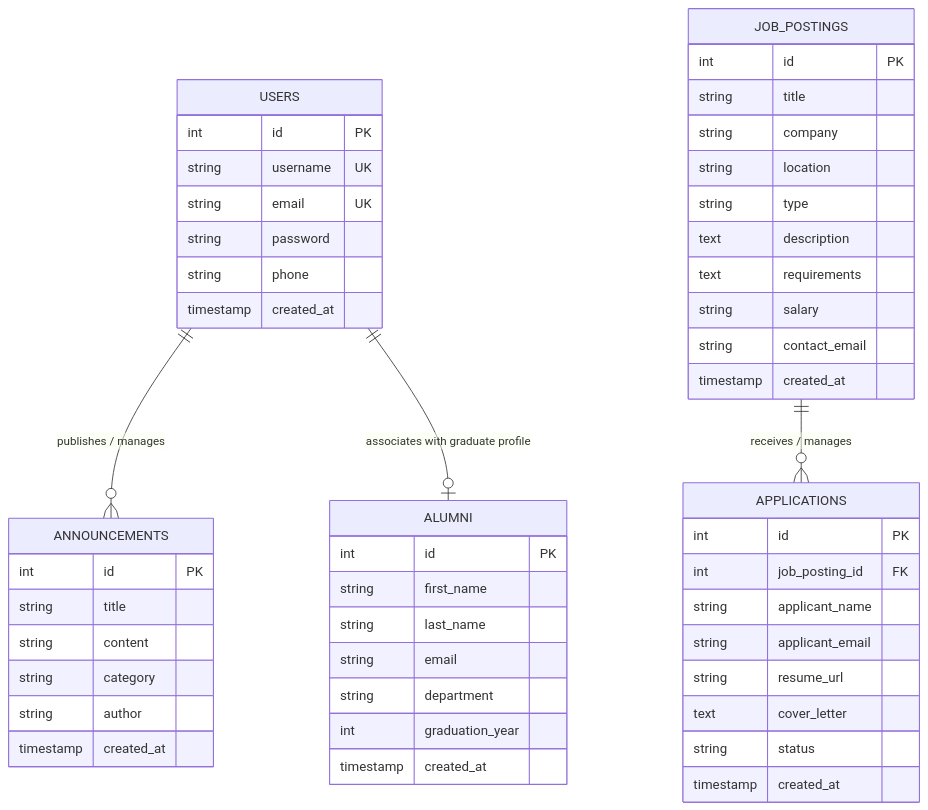
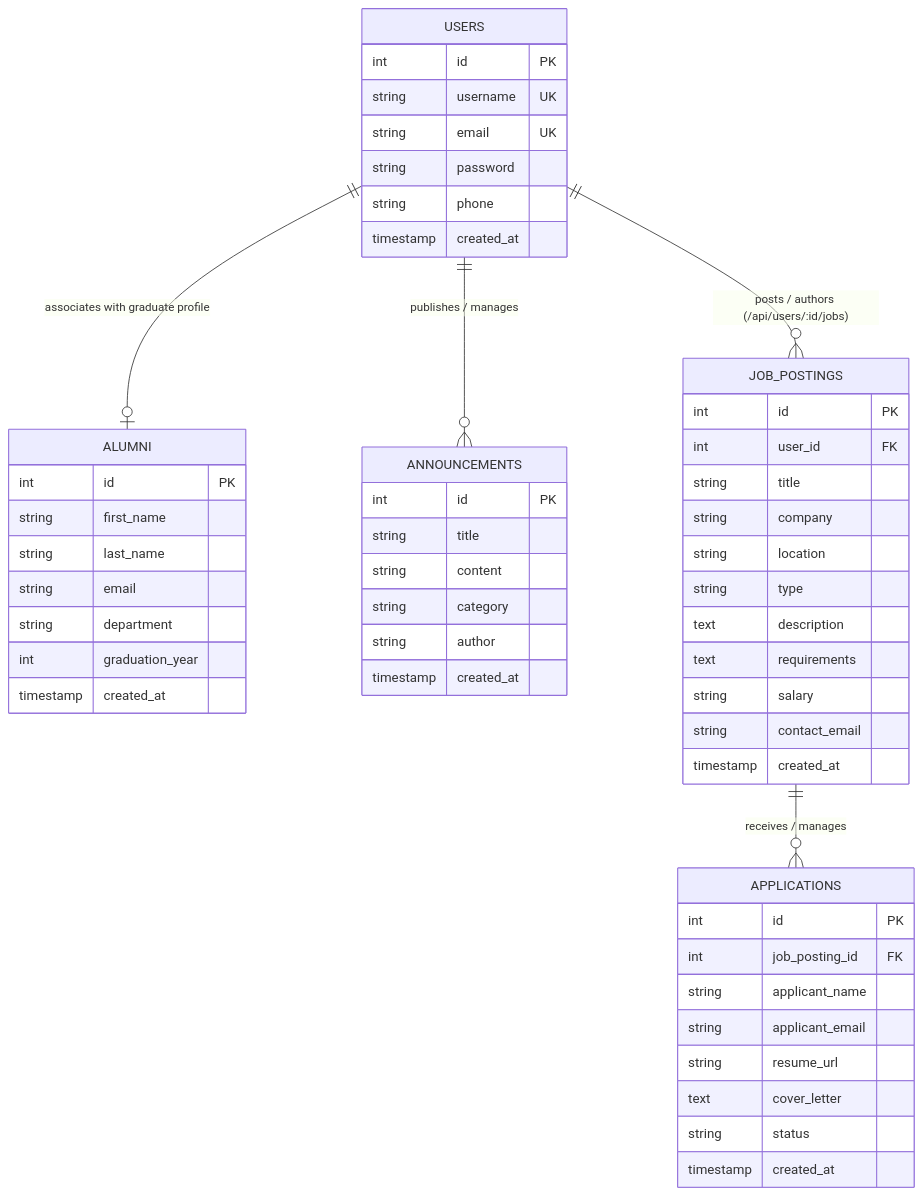
One commit to dilarat1/alumni changed the diagram in DDD.md. Above: the diagram before and after it, drawn with Mermaid. The commit also changed other lines of this file and 9 other files, not shown here.

Commit message:
feat: add nested user jobs route (/api/users/:id/jobs), migration 006 for user_id fk, and updated docs

````diff
--- a/DDD.md
+++ b/DDD.md
@@ -116,58 +117,60 @@
 ```mermaid
 erDiagram
     USERS {
         int id PK
         string username UK
         string email UK
         string password
         string phone
         timestamp created_at
     }
 
     ALUMNI {
         int id PK
         string first_name
         string last_name
         string email
         string department
         int graduation_year
         timestamp created_at
     }
 
     ANNOUNCEMENTS {
         int id PK
         string title
         string content
         string category
         string author
         timestamp created_at
     }
 
     JOB_POSTINGS {
         int id PK
+        int user_id FK
         string title
         string company
         string location
         string type
         text description
         text requirements
         string salary
         string contact_email
         timestamp created_at
     }
 
     APPLICATIONS {
         int id PK
         int job_posting_id FK
         string applicant_name
         string applicant_email
         string resume_url
         text cover_letter
         string status
         timestamp created_at
     }
 
     USERS ||--o{ ANNOUNCEMENTS : "publishes / manages"
     USERS ||--o| ALUMNI : "associates with graduate profile"
+    USERS ||--o{ JOB_POSTINGS : "posts / authors (/api/users/:id/jobs)"
     JOB_POSTINGS ||--o{ APPLICATIONS : "receives / manages"
 ```
````
